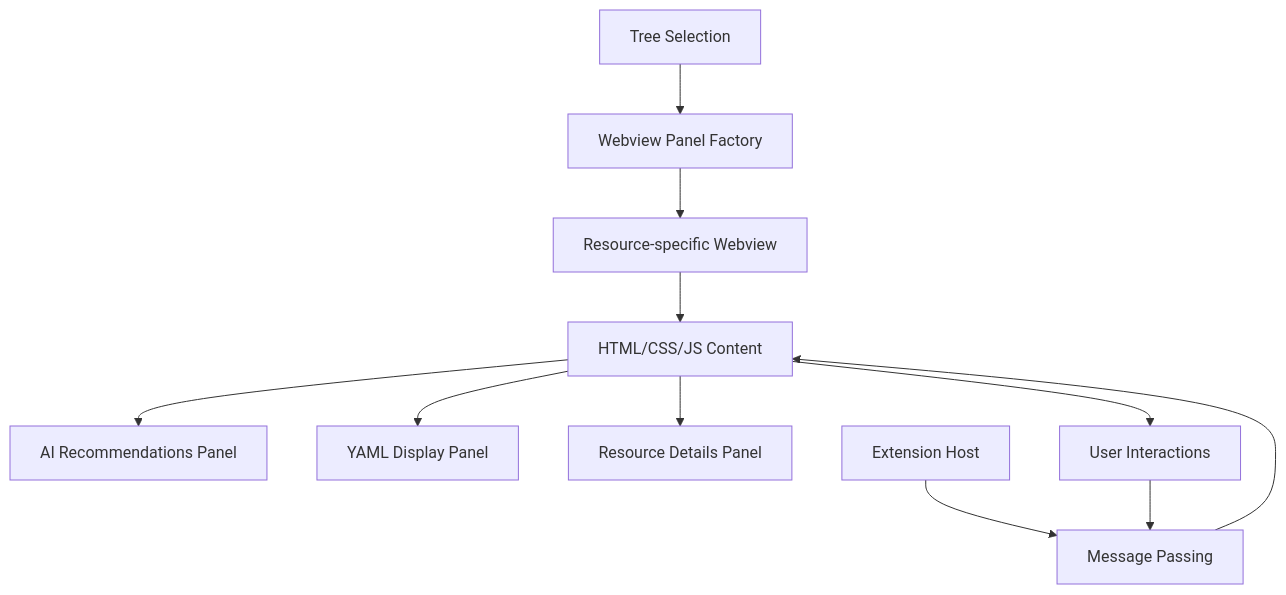
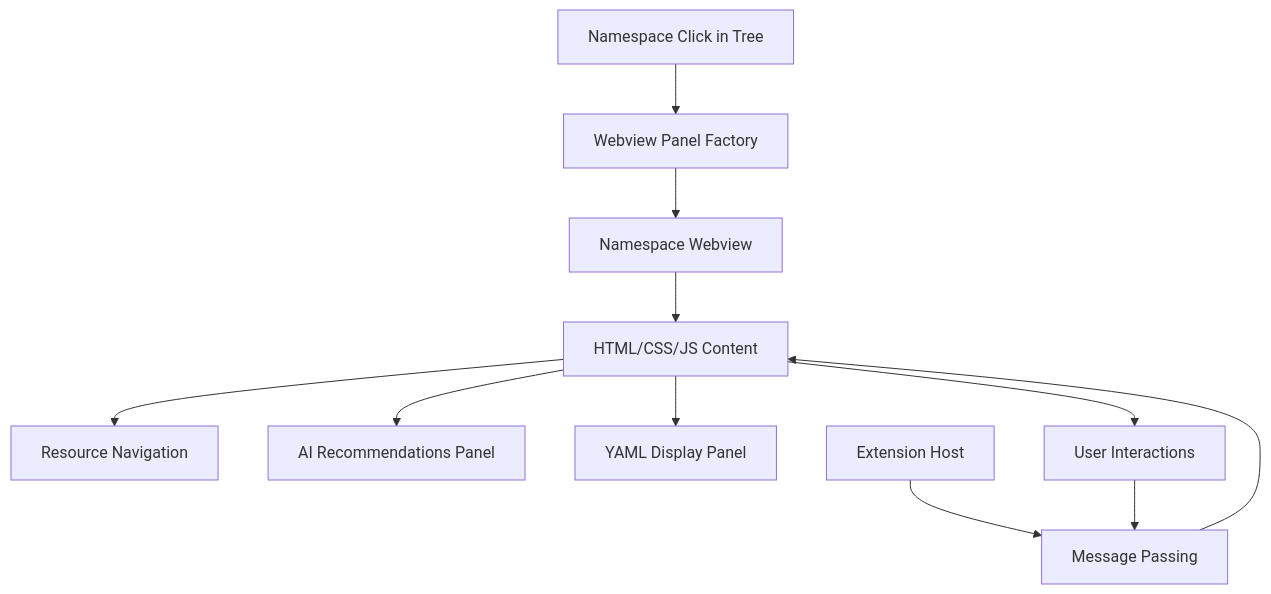
The first of 2 diagrams in ai/specs/webview-spec.spec.md (alto9/kandy), drawn with Mermaid before and after one commit. The commit also changed other lines of this file and 23 other files, not shown here.

````diff
--- a/ai/specs/webview-spec.spec.md
+++ b/ai/specs/webview-spec.spec.md
@@ -14,14 +14,14 @@
 ```mermaid
 graph TD
-    A[Tree Selection] --> B[Webview Panel Factory]
-    B --> C[Resource-specific Webview]
+    A[Namespace Click in Tree] --> B[Webview Panel Factory]
+    B --> C[Namespace Webview]
     C --> D[HTML/CSS/JS Content]
-    D --> E[AI Recommendations Panel]
-    D --> F[YAML Display Panel]
-    D --> G[Resource Details Panel]
+    D --> E[Resource Navigation]
+    D --> F[AI Recommendations Panel]
+    D --> G[YAML Display Panel]
 
     H[Extension Host] --> I[Message Passing]
     I --> D
     D --> J[User Interactions]
     J --> I
 ```
````
